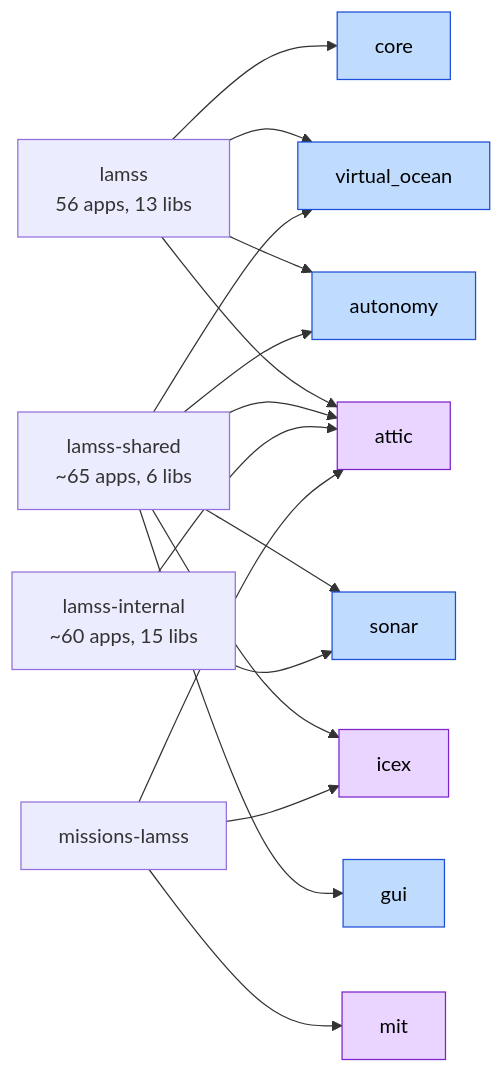
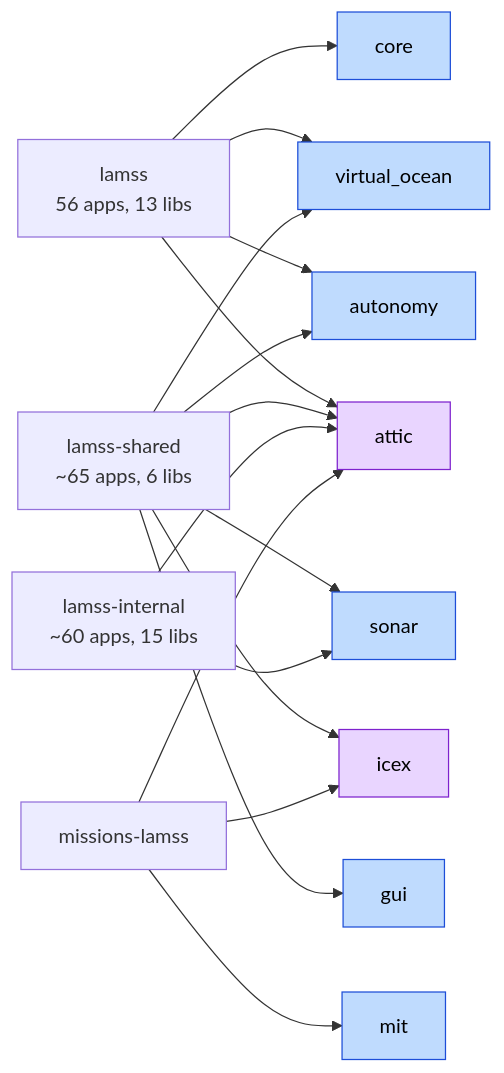
The diagram in core/src/doc/plan/claude/01-source-inventory.md (GobySoft/lamss3), drawn with Mermaid before and after one commit. The commit also changed other lines of this file and 10 other files, not shown here.

````diff
--- a/core/src/doc/plan/claude/01-source-inventory.md
+++ b/core/src/doc/plan/claude/01-source-inventory.md
@@ -27,28 +27,28 @@
 ```mermaid
 flowchart LR
   L[lamss<br/>56 apps, 13 libs] --> core
   L --> vo[virtual_ocean]
   L --> auton[autonomy]
   L --> attic
   S[lamss-shared<br/>~65 apps, 6 libs] --> auton
   S --> sonar
   S --> vo
   S --> icex
   S --> gui
   S --> attic
   I[lamss-internal<br/>~60 apps, 15 libs] --> sonar
   I --> attic
   M[missions-lamss] --> mit
   M --> icex
   M --> attic
   core:::tb
   gui:::tb
   auton:::tb
   sonar:::tb
   vo:::tb
   icex:::sub
-  mit:::sub
+  mit:::tb
   attic:::sub
   classDef tb fill:#bfdbfe,stroke:#1d4ed8,color:#000
   classDef sub fill:#e9d5ff,stroke:#7e22ce,color:#000
 ```
````
